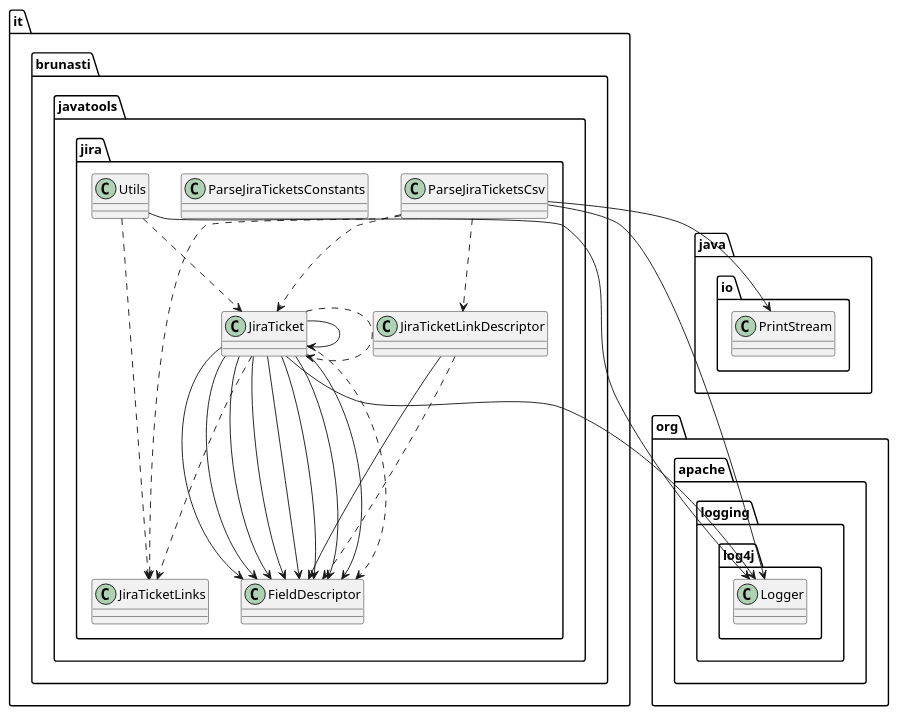
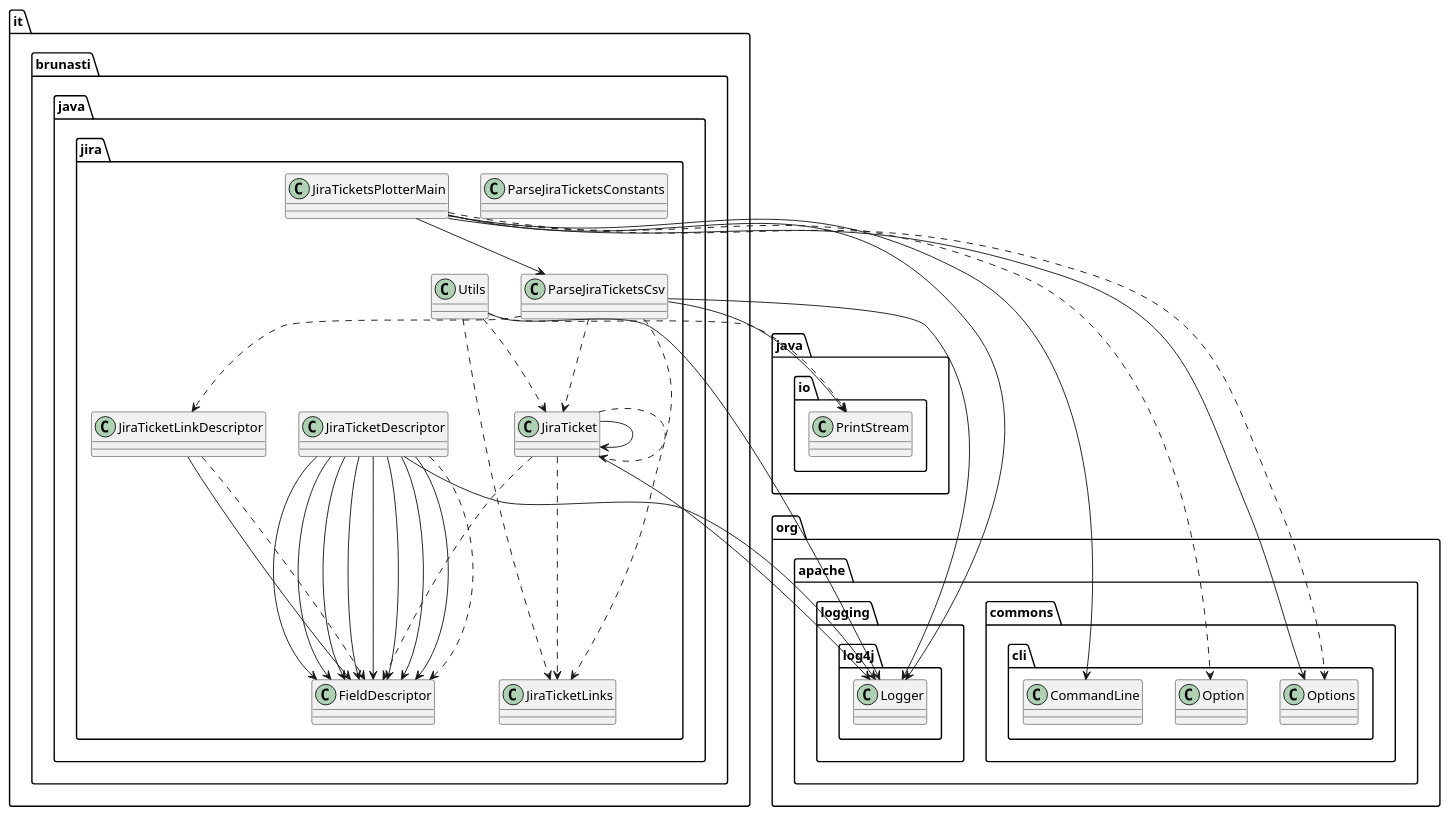
One commit to brunasti/jiraplotter changed the diagram in docs/jira-tools.puml. Above: the diagram before and after it, drawn with PlantUML. The commit also changed 17 other files, not shown here.

Commit message:
Add Summary to ticket in diagram

```diff
--- a/docs/jira-tools.puml
+++ b/docs/jira-tools.puml
@@ -1,56 +1,67 @@
 @startuml
 'https://plantuml.com/class-diagram
 
 ' GENERATE CLASS DIAGRAM ===========
 ' Generator       : it.brunasti.java.diagrammer.ClassDiagrammer
 ' Path            : [/Users/paolobrunasti/Work/Mine/jiraplotter/target/classes/]
 ' Configuration   : [/Users/paolobrunasti/Work/Mine/jiraplotter/docs/config.json]
-' Generated at    : Mon Apr 15 15:57:36 CEST 2024
+' Generated at    : Tue Apr 23 13:42:59 CEST 2024
 
 
 
 ' CLASSES =======
-class it.brunasti.javatools.jira.JiraTicketLinks
-class it.brunasti.javatools.jira.Utils
-class it.brunasti.javatools.jira.JiraTicketLinkDescriptor
-class it.brunasti.javatools.jira.ParseJiraTicketsConstants
-class it.brunasti.javatools.jira.JiraTicket
-class it.brunasti.javatools.jira.FieldDescriptor
-class it.brunasti.javatools.jira.ParseJiraTicketsCsv
+class it.brunasti.java.jira.ParseJiraTicketsConstants
+class it.brunasti.java.jira.JiraTicketsPlotterMain
+class it.brunasti.java.jira.Utils
+class it.brunasti.java.jira.JiraTicketLinkDescriptor
+class it.brunasti.java.jira.FieldDescriptor
+class it.brunasti.java.jira.ParseJiraTicketsCsv
+class it.brunasti.java.jira.JiraTicket
+class it.brunasti.java.jira.JiraTicketDescriptor
+class it.brunasti.java.jira.JiraTicketLinks
 
 ' INHERITANCES =======
 
 ' IMPLEMENT INTERFACE =======
 
 ' FIELDS =======
-it.brunasti.javatools.jira.Utils --> org.apache.logging.log4j.Logger
-it.brunasti.javatools.jira.JiraTicketLinkDescriptor --> it.brunasti.javatools.jira.FieldDescriptor
-it.brunasti.javatools.jira.JiraTicket --> org.apache.logging.log4j.Logger
-it.brunasti.javatools.jira.JiraTicket --> it.brunasti.javatools.jira.FieldDescriptor
-it.brunasti.javatools.jira.JiraTicket --> it.brunasti.javatools.jira.FieldDescriptor
-it.brunasti.javatools.jira.JiraTicket --> it.brunasti.javatools.jira.FieldDescriptor
-it.brunasti.javatools.jira.JiraTicket --> it.brunasti.javatools.jira.FieldDescriptor
-it.brunasti.javatools.jira.JiraTicket --> it.brunasti.javatools.jira.FieldDescriptor
-it.brunasti.javatools.jira.JiraTicket --> it.brunasti.javatools.jira.FieldDescriptor
-it.brunasti.javatools.jira.JiraTicket --> it.brunasti.javatools.jira.FieldDescriptor
-it.brunasti.javatools.jira.JiraTicket --> it.brunasti.javatools.jira.FieldDescriptor
-it.brunasti.javatools.jira.JiraTicket --> it.brunasti.javatools.jira.JiraTicket
-it.brunasti.javatools.jira.ParseJiraTicketsCsv --> java.io.PrintStream
-it.brunasti.javatools.jira.ParseJiraTicketsCsv --> org.apache.logging.log4j.Logger
+it.brunasti.java.jira.JiraTicketsPlotterMain --> org.apache.commons.cli.CommandLine
+it.brunasti.java.jira.JiraTicketsPlotterMain --> org.apache.logging.log4j.Logger
+it.brunasti.java.jira.JiraTicketsPlotterMain --> it.brunasti.java.jira.ParseJiraTicketsCsv
+it.brunasti.java.jira.JiraTicketsPlotterMain --> org.apache.commons.cli.Options
+it.brunasti.java.jira.Utils --> org.apache.logging.log4j.Logger
+it.brunasti.java.jira.JiraTicketLinkDescriptor --> it.brunasti.java.jira.FieldDescriptor
+it.brunasti.java.jira.ParseJiraTicketsCsv --> org.apache.logging.log4j.Logger
+it.brunasti.java.jira.ParseJiraTicketsCsv --> java.io.PrintStream
+it.brunasti.java.jira.JiraTicket --> org.apache.logging.log4j.Logger
+it.brunasti.java.jira.JiraTicket --> it.brunasti.java.jira.JiraTicket
+it.brunasti.java.jira.JiraTicketDescriptor --> org.apache.logging.log4j.Logger
+it.brunasti.java.jira.JiraTicketDescriptor --> it.brunasti.java.jira.FieldDescriptor
+it.brunasti.java.jira.JiraTicketDescriptor --> it.brunasti.java.jira.FieldDescriptor
+it.brunasti.java.jira.JiraTicketDescriptor --> it.brunasti.java.jira.FieldDescriptor
+it.brunasti.java.jira.JiraTicketDescriptor --> it.brunasti.java.jira.FieldDescriptor
+it.brunasti.java.jira.JiraTicketDescriptor --> it.brunasti.java.jira.FieldDescriptor
+it.brunasti.java.jira.JiraTicketDescriptor --> it.brunasti.java.jira.FieldDescriptor
+it.brunasti.java.jira.JiraTicketDescriptor --> it.brunasti.java.jira.FieldDescriptor
+it.brunasti.java.jira.JiraTicketDescriptor --> it.brunasti.java.jira.FieldDescriptor
 
 ' USES =======
-it.brunasti.javatools.jira.Utils ..> it.brunasti.javatools.jira.JiraTicket
-it.brunasti.javatools.jira.Utils ..> it.brunasti.javatools.jira.JiraTicketLinks
-it.brunasti.javatools.jira.JiraTicketLinkDescriptor ..> it.brunasti.javatools.jira.FieldDescriptor
-it.brunasti.javatools.jira.JiraTicket ..> it.brunasti.javatools.jira.FieldDescriptor
-it.brunasti.javatools.jira.JiraTicket ..> it.brunasti.javatools.jira.JiraTicket
-it.brunasti.javatools.jira.JiraTicket ..> it.brunasti.javatools.jira.JiraTicketLinks
-it.brunasti.javatools.jira.ParseJiraTicketsCsv ..> it.brunasti.javatools.jira.JiraTicket
-it.brunasti.javatools.jira.ParseJiraTicketsCsv ..> it.brunasti.javatools.jira.JiraTicketLinkDescriptor
-it.brunasti.javatools.jira.ParseJiraTicketsCsv ..> it.brunasti.javatools.jira.JiraTicketLinks
+it.brunasti.java.jira.JiraTicketsPlotterMain ..> org.apache.commons.cli.Option
+it.brunasti.java.jira.JiraTicketsPlotterMain ..> org.apache.commons.cli.Options
+it.brunasti.java.jira.Utils ..> java.io.PrintStream
+it.brunasti.java.jira.Utils ..> it.brunasti.java.jira.JiraTicket
+it.brunasti.java.jira.Utils ..> it.brunasti.java.jira.JiraTicketLinks
+it.brunasti.java.jira.JiraTicketLinkDescriptor ..> it.brunasti.java.jira.FieldDescriptor
+it.brunasti.java.jira.ParseJiraTicketsCsv ..> it.brunasti.java.jira.JiraTicket
+it.brunasti.java.jira.ParseJiraTicketsCsv ..> it.brunasti.java.jira.JiraTicketLinkDescriptor
+it.brunasti.java.jira.ParseJiraTicketsCsv ..> it.brunasti.java.jira.JiraTicketLinks
+it.brunasti.java.jira.JiraTicket ..> it.brunasti.java.jira.FieldDescriptor
+it.brunasti.java.jira.JiraTicket ..> it.brunasti.java.jira.JiraTicket
+it.brunasti.java.jira.JiraTicket ..> it.brunasti.java.jira.JiraTicketLinks
+it.brunasti.java.jira.JiraTicketDescriptor ..> it.brunasti.java.jira.FieldDescriptor
 
 ' IMPORTS =======
 ' Java Files Path : 
 
 
 @enduml
```
